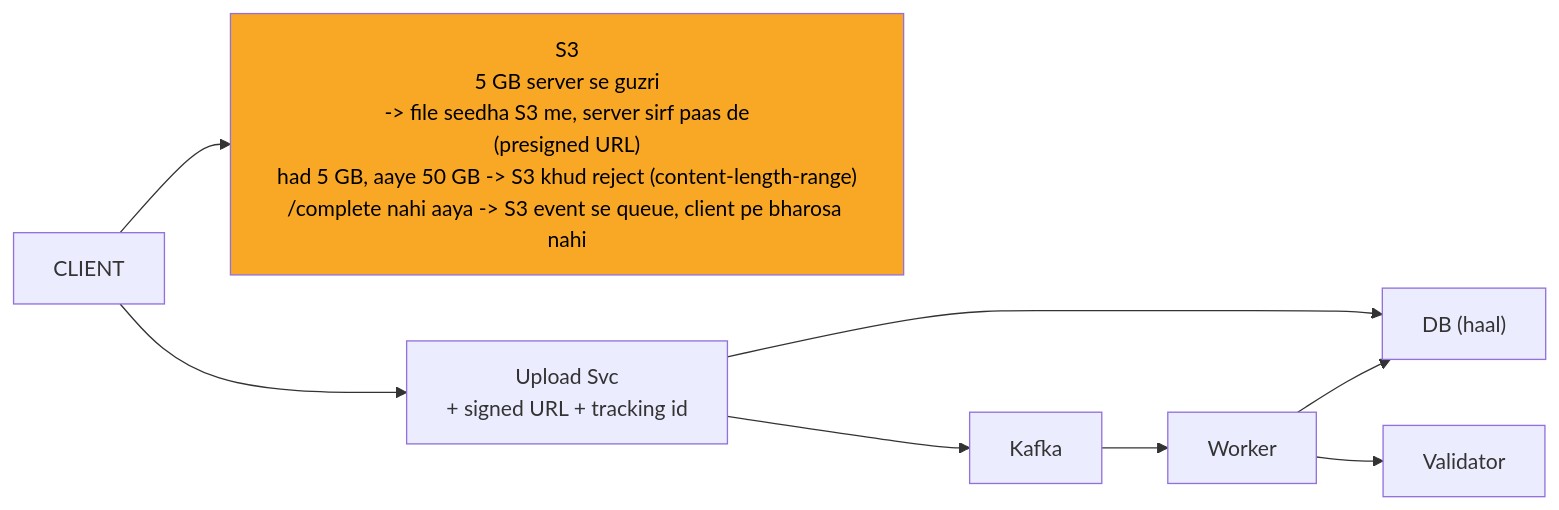
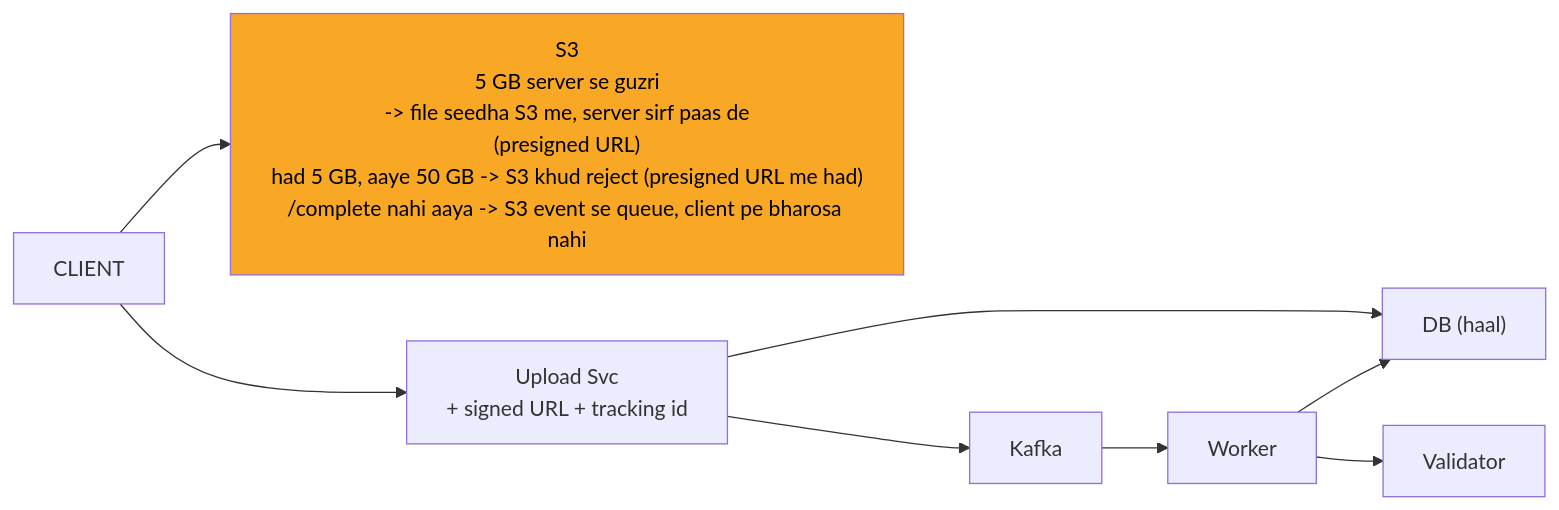
One commit to ArpanMaheshwari144/Prep changed the third of 11 diagrams in 04_HLD/SYSTEM_DESIGNS/07_file_upload_validate_system/07_file_upload_INTERVIEW.md. Above: the diagram before and after it, drawn with Mermaid. The commit also changed other lines of this file and 13 other files, not shown here.

````diff
--- a/04_HLD/SYSTEM_DESIGNS/07_file_upload_validate_system/07_file_upload_INTERVIEW.md
+++ b/04_HLD/SYSTEM_DESIGNS/07_file_upload_validate_system/07_file_upload_INTERVIEW.md
@@ -127,19 +127,19 @@
 ```mermaid
 %%{init: {"flowchart": {"wrappingWidth": 450}}}%%
 flowchart LR
     n_CLIENT["CLIENT"]
-    n_S3["S3<br/>5 GB server se guzri<br/>-> file seedha S3 me, server sirf paas de<br/>(presigned URL)<br/>had 5 GB, aaye 50 GB -> S3 khud reject (content-length-range)<br/>/complete nahi aaya -> S3 event se queue, client pe bharosa nahi"]
+    n_S3["S3<br/>5 GB server se guzri<br/>-> file seedha S3 me, server sirf paas de<br/>(presigned URL)<br/>had 5 GB, aaye 50 GB -> S3 khud reject (presigned URL me had)<br/>/complete nahi aaya -> S3 event se queue, client pe bharosa nahi"]
     n_Upload_Svc["Upload Svc<br/>+ signed URL + tracking id"]
     n_DB["DB (haal)"]
     n_Kafka["Kafka"]
     n_Worker["Worker"]
     n_Validator["Validator"]
     n_CLIENT --> n_S3
     n_CLIENT --> n_Upload_Svc
     n_Upload_Svc --> n_DB
     n_Upload_Svc --> n_Kafka
     n_Kafka --> n_Worker
     n_Worker --> n_Validator
     n_Worker --> n_DB
     style n_S3 fill:#f9a825,color:#000
 ```
````
